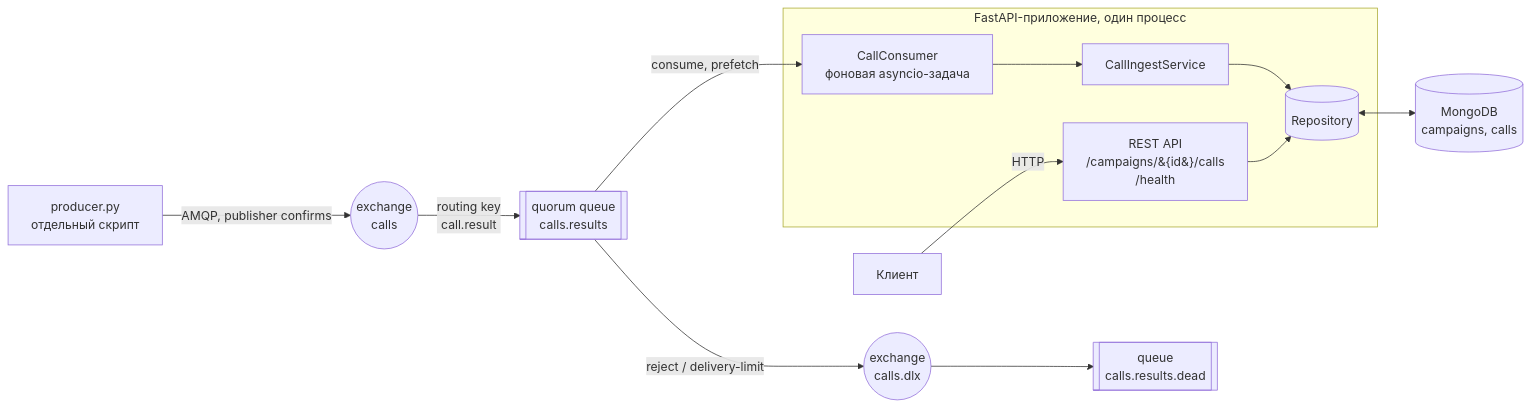
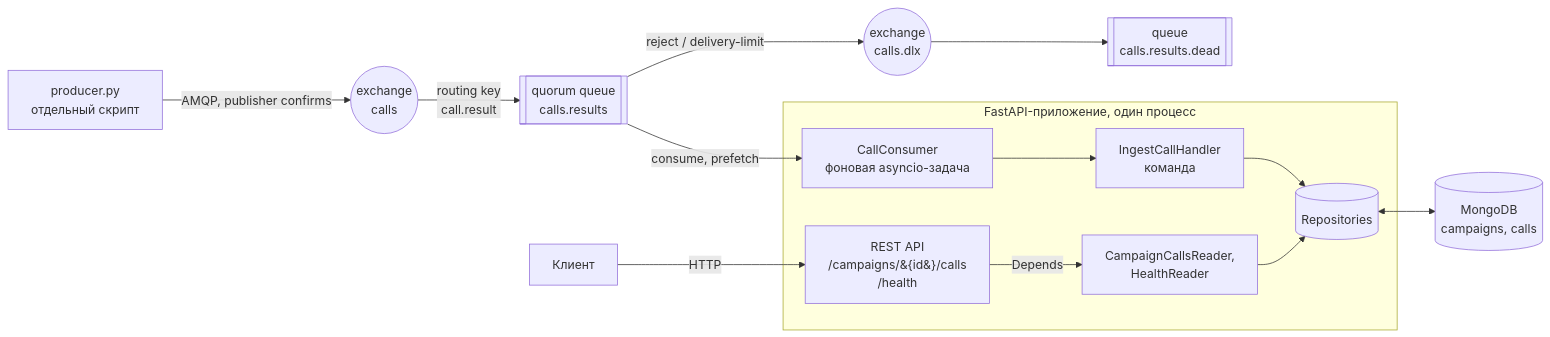
The first of 5 diagrams in docs/ARCHITECTURE.md (Danila393/Testovoe-call-result-service-), drawn with Mermaid before and after one commit. The commit also changed other lines of this file and 63 other files, not shown here.

````diff
--- a/docs/ARCHITECTURE.md
+++ b/docs/ARCHITECTURE.md
@@ -8,20 +8,21 @@
 ```mermaid
 flowchart LR
     P[producer.py<br/>отдельный скрипт] -- AMQP, publisher confirms --> X((exchange<br/>calls))
     X -- routing key<br/>call.result --> Q[[quorum queue<br/>calls.results]]
     Q -- reject / delivery-limit --> DLX((exchange<br/>calls.dlx))
     DLX --> DQ[[queue<br/>calls.results.dead]]
 
     subgraph APP[FastAPI-приложение, один процесс]
         C[CallConsumer<br/>фоновая asyncio-задача]
-        S[CallIngestService]
-        R[(Repository)]
+        S[IngestCallHandler<br/>команда]
+        RD[CampaignCallsReader,<br/>HealthReader]
+        R[(Repositories)]
         A[REST API<br/>/campaigns/&#123;id&#125;/calls<br/>/health]
     end
 
     Q -- consume, prefetch --> C
     C --> S --> R
-    A --> R
+    A -- Depends --> RD --> R
     R <--> M[(MongoDB<br/>campaigns, calls)]
     U[Клиент] -- HTTP --> A
 ```
````
